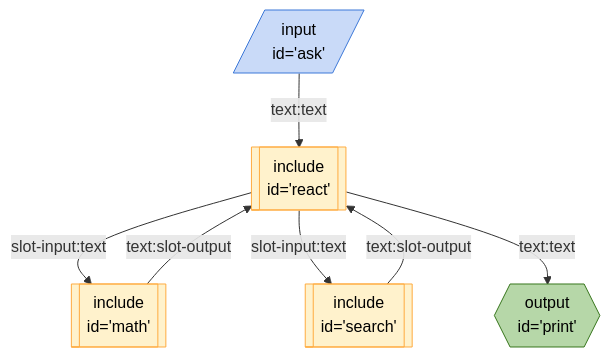
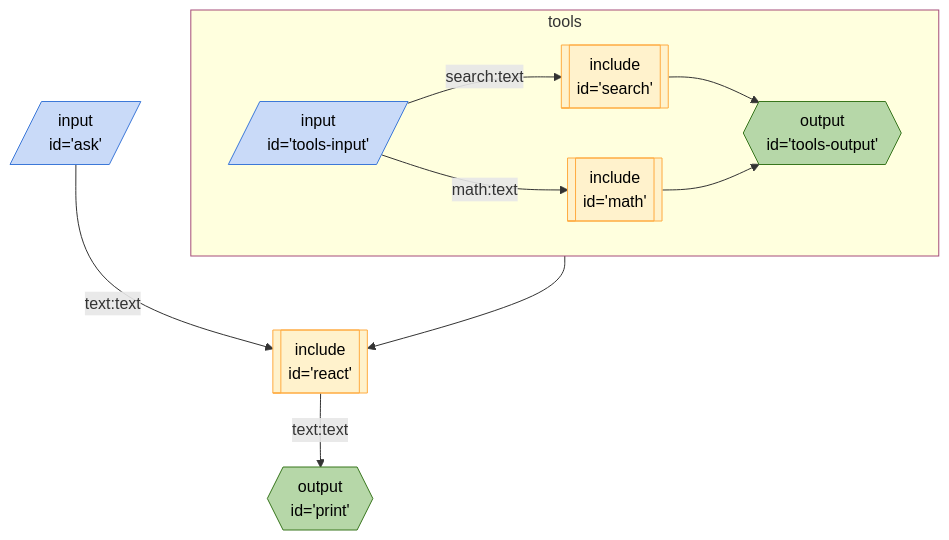
One commit to breadboard-ai/breadboard changed the diagram in seeds/graph-playground/docs/graphs/call-react-with-slot.md. Above: the diagram before and after it, drawn with Mermaid. The commit also changed 15 other files, not shown here.

Commit message:
[graph-playground] Better slotting idea.

````diff
--- a/seeds/graph-playground/docs/graphs/call-react-with-slot.md
+++ b/seeds/graph-playground/docs/graphs/call-react-with-slot.md
@@ -4,27 +4,32 @@
 ```mermaid
 %%{init: {'themeVariables': { 'fontFamily': 'Fira Code, monospace' }}}%%
 graph TD;
 ask[/"input
 id='ask'"/]:::input -- text:text --> react[["include
 id='react'"]]:::include
 react[["include
-id='react'"]]:::include -- slot-input:text --> math[["include
+id='react'"]]:::include -- text:text --> print{{"output
+id='print'"}}:::output
+subgraph tools
+tools-input[/"input
+id='tools-input'"/]:::input -- math:text --> math[["include
 id='math'"]]:::include
-react[["include
-id='react'"]]:::include -- slot-input:text --> search[["include
+tools-input[/"input
+id='tools-input'"/]:::input -- search:text --> search[["include
 id='search'"]]:::include
 search[["include
-id='search'"]]:::include -- text:slot-output --> react[["include
-id='react'"]]:::include
+id='search'"]]:::include --> tools-output{{"output
+id='tools-output'"}}:::output
 math[["include
-id='math'"]]:::include -- text:slot-output --> react[["include
-id='react'"]]:::include
-react[["include
-id='react'"]]:::include -- text:text --> print{{"output
-id='print'"}}:::output
+id='math'"]]:::include --> tools-output{{"output
+id='tools-output'"}}:::output
+end
+tools:::slotted --> react
+
 classDef default stroke:#ffab40,fill:#fff2ccff,color:#000
 classDef input stroke:#3c78d8,fill:#c9daf8ff,color:#000
 classDef output stroke:#38761d,fill:#b6d7a8ff,color:#000
 classDef passthrough stroke:#a64d79,fill:#ead1dcff,color:#000
 classDef slot stroke:#a64d79,fill:#ead1dcff,color:#000
+classDef slotted stroke:#a64d79
 ```
````
